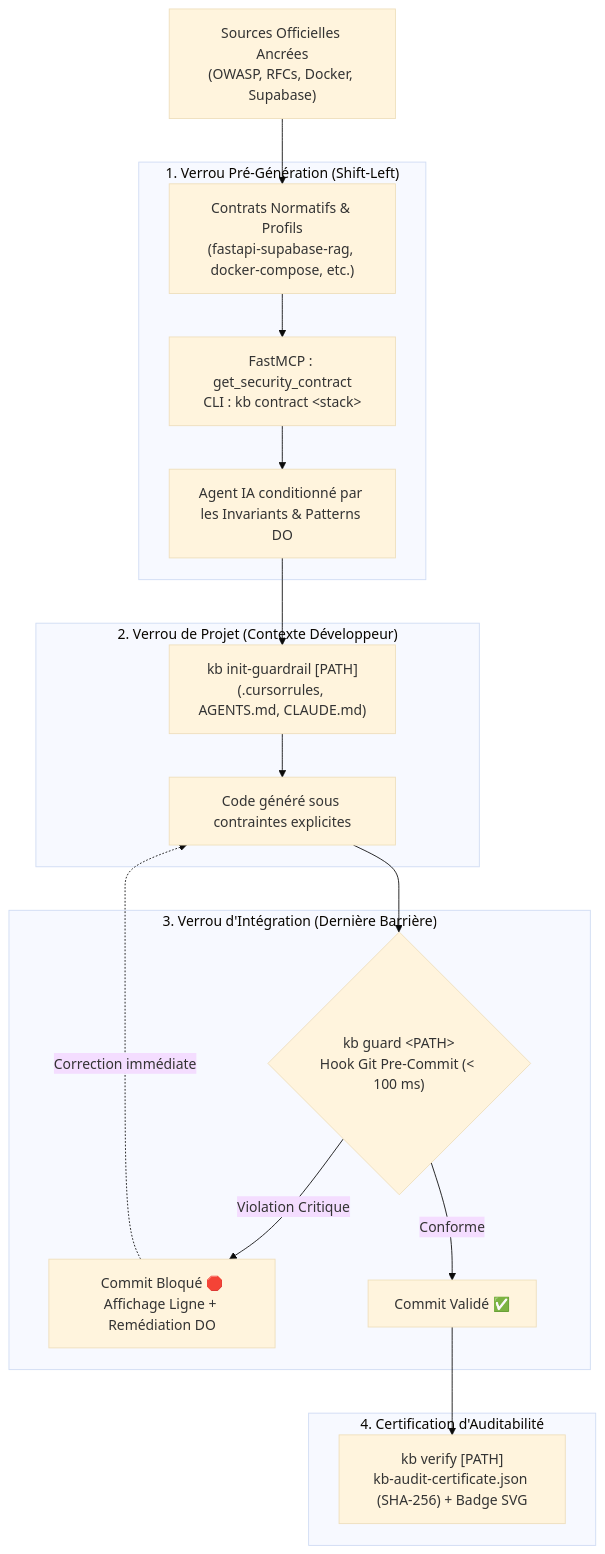
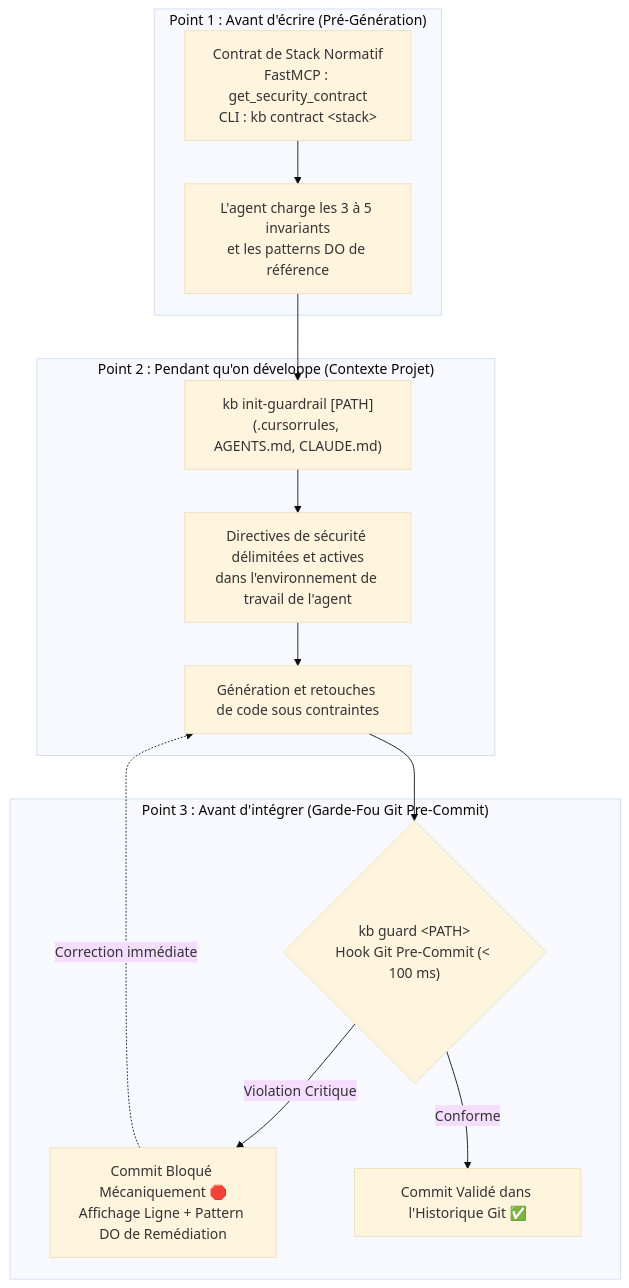
One commit to Alpha2-far/engineering-kb changed the diagram in README.md. Above: the diagram before and after it, drawn with Mermaid (base theme). The commit also changed other lines of this file, not shown here.

Commit message:
docs(readme): refine narrative arc, distinguish audit vs enforcement, and clarify temporal controls

````diff
--- a/README.md
+++ b/README.md
@@ -64,25 +116,19 @@
 ```mermaid
 flowchart TD
-    A["Sources Officielles Ancrées<br/>(OWASP, RFCs, Docker, Supabase)"] --> B["Contrats Normatifs & Profils<br/>(fastapi-supabase-rag, docker-compose, etc.)"]
-    
-    subgraph S1 ["1. Verrou Pré-Génération (Shift-Left)"]
-        B --> C["FastMCP : get_security_contract<br/>CLI : kb contract &lt;stack&gt;"]
-        C --> D["Agent IA conditionné par les Invariants & Patterns DO"]
+    subgraph S1 ["Point 1 : Avant d'écrire (Pré-Génération)"]
+        A["Contrat de Stack Normatif<br/>FastMCP : get_security_contract<br/>CLI : kb contract &lt;stack&gt;"] --> B["L'agent charge les 3 à 5 invariants<br/>et les patterns DO de référence"]
     end
-    
-    subgraph S2 ["2. Verrou de Projet (Contexte Développeur)"]
-        D --> E["kb init-guardrail [PATH]<br/>(.cursorrules, AGENTS.md, CLAUDE.md)"]
-        E --> F["Code généré sous contraintes explicites"]
+
+    subgraph S2 ["Point 2 : Pendant qu'on développe (Contexte Projet)"]
+        B --> C["kb init-guardrail [PATH]<br/>(.cursorrules, AGENTS.md, CLAUDE.md)"]
+        C --> D["Directives de sécurité délimitées et actives<br/>dans l'environnement de travail de l'agent"]
+        D --> E["Génération et retouches de code sous contraintes"]
     end
-    
-    subgraph S3 ["3. Verrou d'Intégration (Dernière Barrière)"]
-        F --> G{"kb guard &lt;PATH&gt;<br/>Hook Git Pre-Commit (&lt; 100 ms)"}
-        G -->|Violation Critique| H["Commit Bloqué 🛑<br/>Affichage Ligne + Remédiation DO"]
-        H -.->|Correction immédiate| F
-        G -->|Conforme| I["Commit Validé ✅"]
-    end
-    
-    subgraph S4 ["4. Certification d'Auditabilité"]
-        I --> J["kb verify [PATH]<br/>kb-audit-certificate.json (SHA-256) + Badge SVG"]
+
+    subgraph S3 ["Point 3 : Avant d'intégrer (Garde-Fou Git Pre-Commit)"]
+        E --> F{"kb guard &lt;PATH&gt;<br/>Hook Git Pre-Commit (&lt; 100 ms)"}
+        F -->|Violation Critique| G["Commit Bloqué Mécaniquement 🛑<br/>Affichage Ligne + Pattern DO de Remédiation"]
+        G -.->|Correction immédiate| E
+        F -->|Conforme| H["Commit Validé dans l'Historique Git ✅"]
     end
 ```
````
